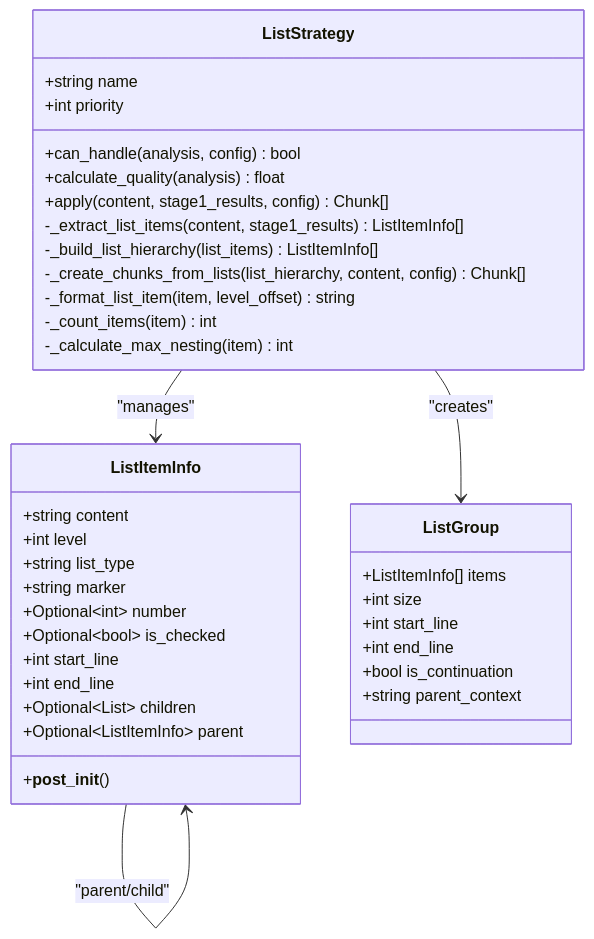
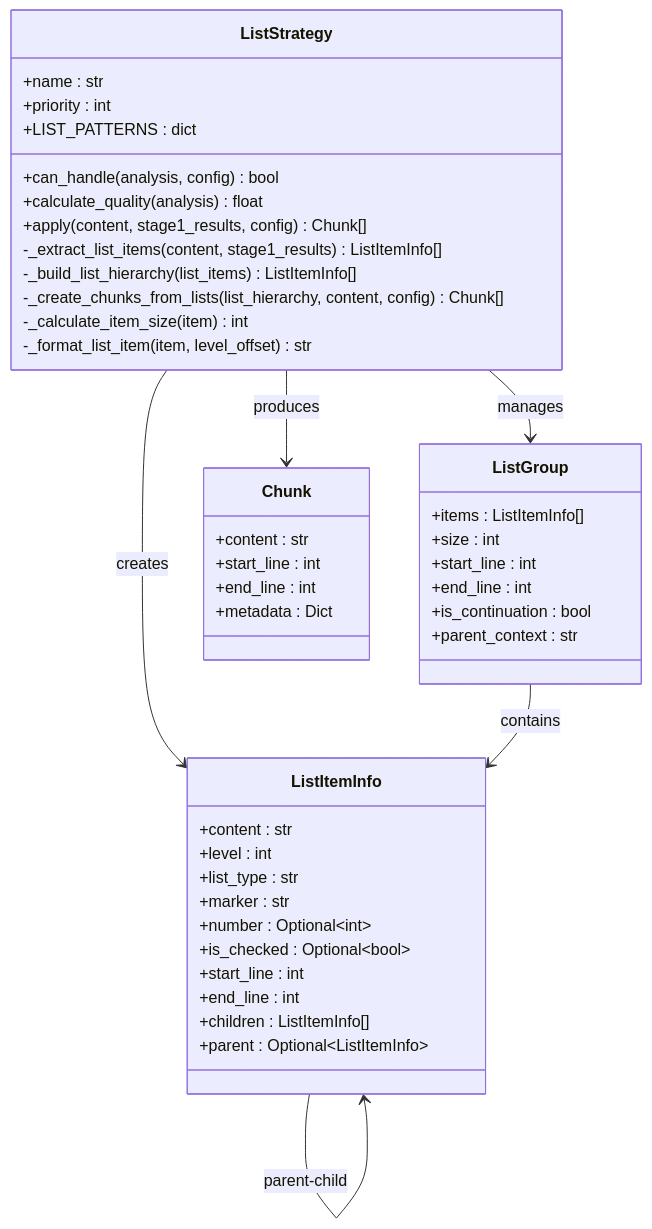
Before and after one commit to asukhodko/dify-markdown-chunker: the second of 5 diagrams in .qoder/repowiki/en/content/Chunking Strategies/List Strategy.md, drawn with Mermaid. The commit also changed other lines of this file and 205 other files, not shown here.

````diff
--- a/.qoder/repowiki/en/content/Chunking Strategies/List Strategy.md
+++ b/.qoder/repowiki/en/content/Chunking Strategies/List Strategy.md
@@ -81,40 +99,47 @@
 ```mermaid
 classDiagram
-class ListItemInfo {
-+string content
-+int level
-+string list_type
-+string marker
-+Optional~int~ number
-+Optional~bool~ is_checked
-+int start_line
-+int end_line
-+Optional~List~ children
-+Optional~ListItemInfo~ parent
-+__post_init__()
-}
 class ListStrategy {
-+string name
-+int priority
++name : str
++priority : int
++LIST_PATTERNS : dict
 +can_handle(analysis, config) bool
 +calculate_quality(analysis) float
 +apply(content, stage1_results, config) Chunk[]
 -_extract_list_items(content, stage1_results) ListItemInfo[]
 -_build_list_hierarchy(list_items) ListItemInfo[]
 -_create_chunks_from_lists(list_hierarchy, content, config) Chunk[]
--_format_list_item(item, level_offset) string
--_count_items(item) int
--_calculate_max_nesting(item) int
+-_calculate_item_size(item) int
+-_format_list_item(item, level_offset) str
+}
+class ListItemInfo {
++content : str
++level : int
++list_type : str
++marker : str
++number : Optional~int~
++is_checked : Optional~bool~
++start_line : int
++end_line : int
++children : ListItemInfo[]
++parent : Optional~ListItemInfo~
 }
 class ListGroup {
-+ListItemInfo[] items
-+int size
-+int start_line
-+int end_line
-+bool is_continuation
-+string parent_context
++items : ListItemInfo[]
++size : int
++start_line : int
++end_line : int
++is_continuation : bool
++parent_context : str
 }
-ListStrategy --> ListItemInfo : "manages"
-ListStrategy --> ListGroup : "creates"
-ListItemInfo --> ListItemInfo : "parent/child"
+class Chunk {
++content : str
++start_line : int
++end_line : int
++metadata : Dict
+}
+ListStrategy --> ListItemInfo : creates
+ListStrategy --> ListGroup : manages
+ListGroup --> ListItemInfo : contains
+ListStrategy --> Chunk : produces
+ListItemInfo --> ListItemInfo : parent-child
 ```
````
